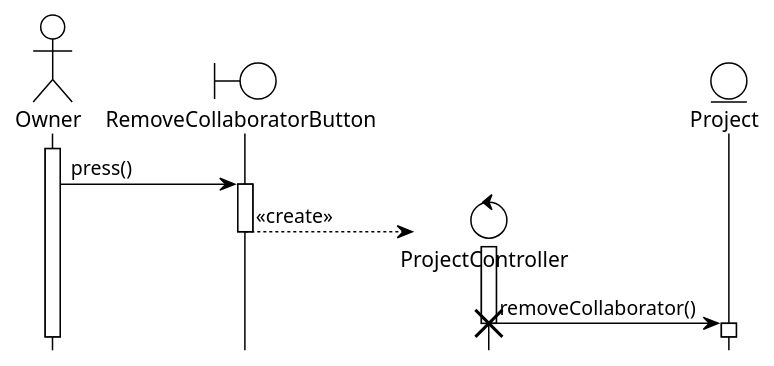
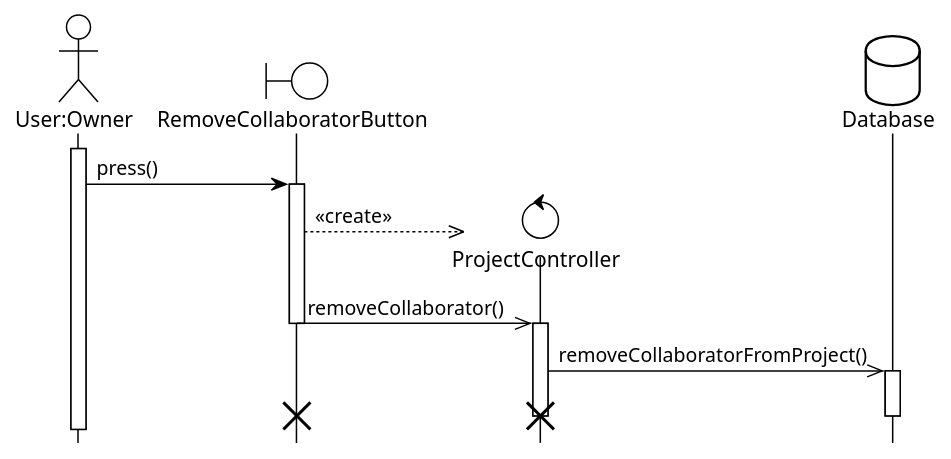
One commit to BlueMango10/Project-uml changed the diagram in Use case sequence diagrams/RemoveCollaborator.puml. Above: the diagram before and after it, drawn with PlantUML. The commit also changed 14 other files, not shown here.

Commit message:
Updated diagrams after implementation

```diff
--- a/Use case sequence diagrams/RemoveCollaborator.puml
+++ b/Use case sequence diagrams/RemoveCollaborator.puml
@@ -1,23 +1,26 @@
 @startuml RemoveCollaborator
 !theme plain
 hide footbox
-actor Owner as po
-boundary RemoveCollaboratorButton as rcb
-control ProjectController as rcc
-entity Project as p
+actor "User:Owner" as po
+boundary "RemoveCollaboratorButton" as rcb
+control "ProjectController" as rcc
+database "Database" as db
 
 activate po
 
 po -> rcb : press()
 activate rcb
 
 create rcc
-rcb --> rcc : <<create>>
+rcb -->> rcc : <<create>>
+rcb ->> rcc : removeCollaborator()
 deactivate rcb
 activate rcc
 
-rcc -> p : removeCollaborator()
+rcc ->> db : removeCollaboratorFromProject()
+activate db
 destroy rcc
-activate p
-deactivate p
+deactivate db
+
+destroy rcb
 @enduml
```
